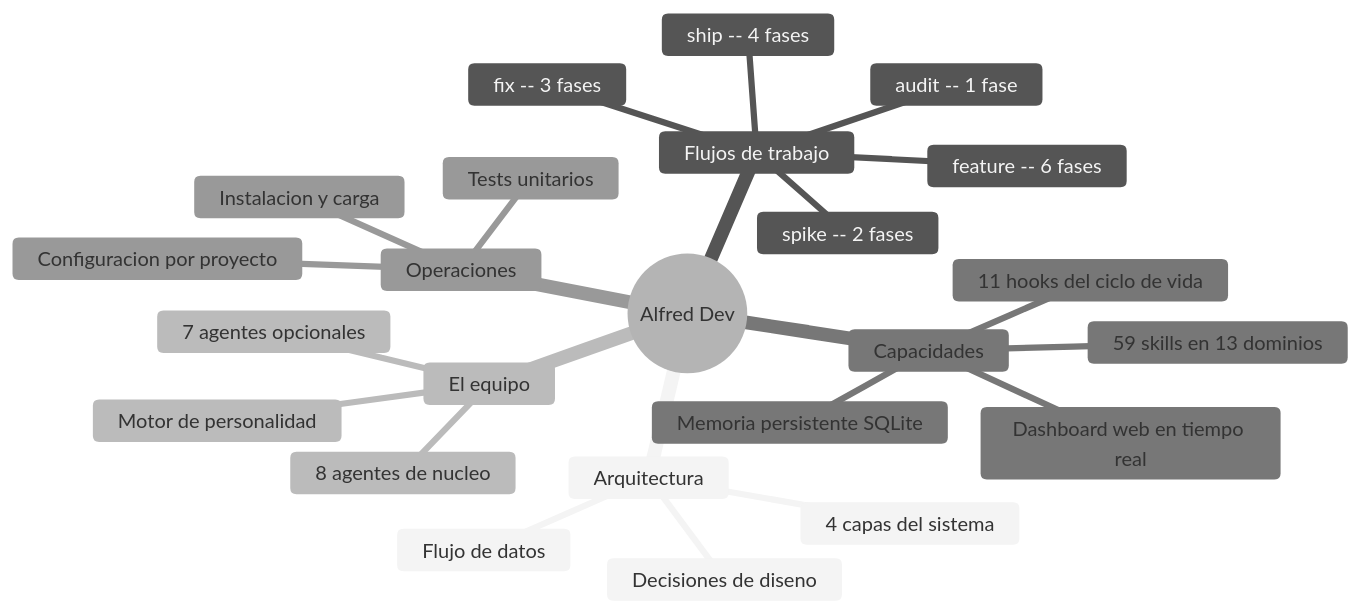
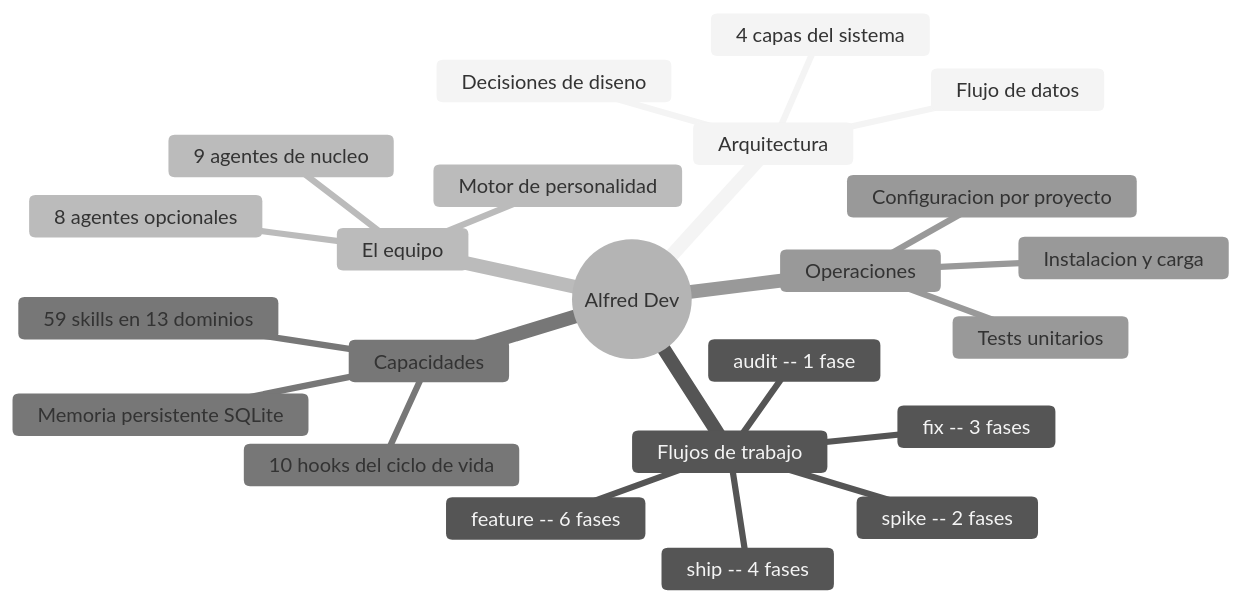
Before and after one commit to 686f6c61/alfred-dev: the diagram in docs/README.md, drawn with Mermaid (neutral theme). The commit also changed other lines of this file and 9 other files, not shown here.

First line of the commit message:
docs: actualizar documentación a v0.3.7 (17 agentes, 10 hooks, 59 skills)

````diff
--- a/docs/README.md
+++ b/docs/README.md
@@ -13,27 +13,26 @@
 ```mermaid
 mindmap
   root((Alfred Dev))
     Arquitectura
       4 capas del sistema
       Decisiones de diseno
       Flujo de datos
     Flujos de trabajo
       feature -- 6 fases
       fix -- 3 fases
       spike -- 2 fases
       ship -- 4 fases
       audit -- 1 fase
     El equipo
-      8 agentes de nucleo
-      7 agentes opcionales
+      9 agentes de nucleo
+      8 agentes opcionales
       Motor de personalidad
     Capacidades
       59 skills en 13 dominios
-      11 hooks del ciclo de vida
+      10 hooks del ciclo de vida
       Memoria persistente SQLite
-      Dashboard web en tiempo real
     Operaciones
       Instalacion y carga
       Configuracion por proyecto
       Tests unitarios
 ```
````
